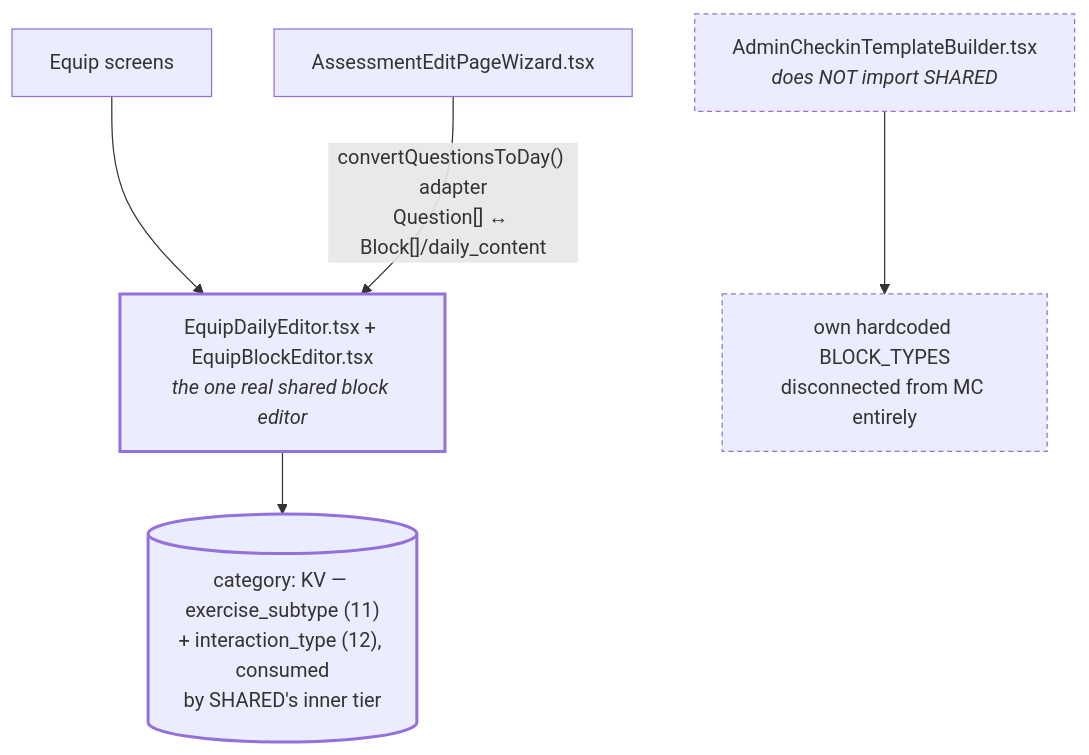
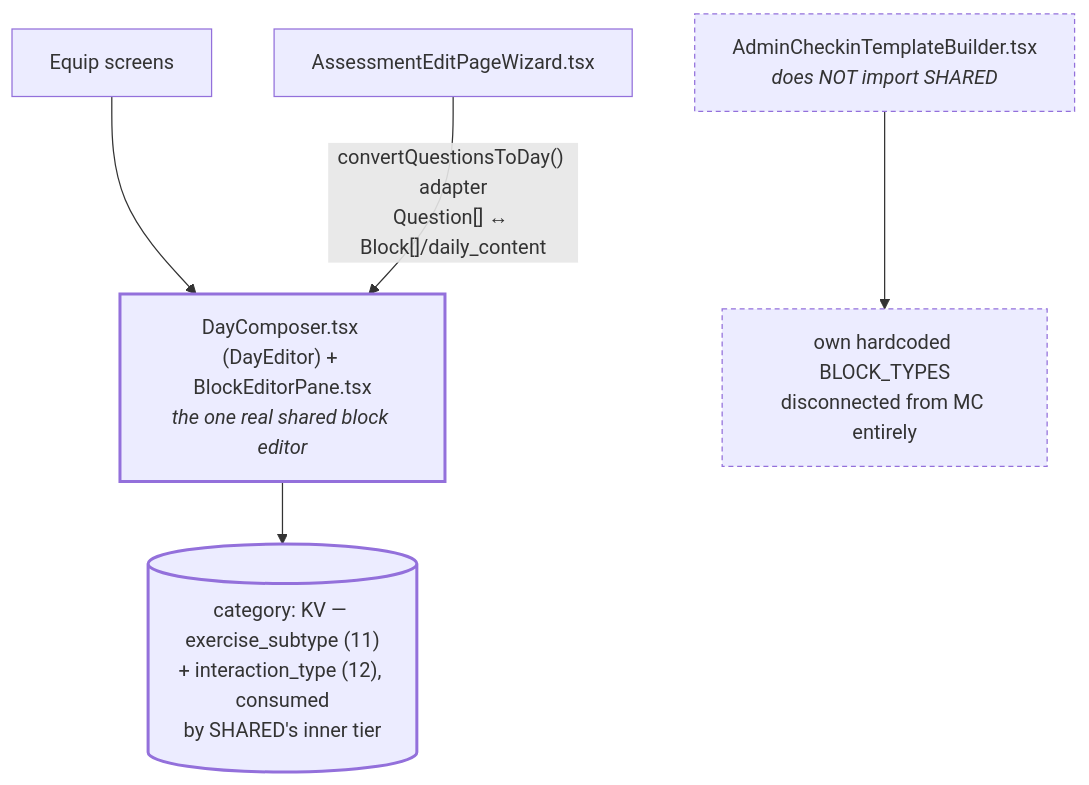
Before and after one commit to wugweb-git/Ikan: the diagram in docs/systems/builder-editor-architecture.md, drawn with Mermaid. The commit also changed other lines of this file and 39 other files, not shown here.

````diff
--- a/docs/systems/builder-editor-architecture.md
+++ b/docs/systems/builder-editor-architecture.md
@@ -23,19 +30,19 @@
 ```mermaid
 flowchart TD
     classDef store fill:#00000000,stroke-width:1.4px;
     classDef dead stroke-dasharray:4 3;
     classDef ok stroke-width:2.4px;
 
-    SHARED["EquipDailyEditor.tsx + EquipBlockEditor.tsx<br/><i>the one real shared block editor</i>"]
+    SHARED["DayComposer.tsx (DayEditor) + BlockEditorPane.tsx<br/><i>the one real shared block editor</i>"]
     EQUIP["Equip screens"] --> SHARED
     ASMT["AssessmentEditPageWizard.tsx"] -->|"convertQuestionsToDay() adapter<br/>Question[] ↔ Block[]/daily_content"| SHARED
 
     MC[("category: KV — exercise_subtype (11)<br/>+ interaction_type (12), consumed<br/>by SHARED's inner tier")]
     SHARED --> MC
 
     CHECKIN["AdminCheckinTemplateBuilder.tsx<br/><i>does NOT import SHARED</i>"]
     CHECKIN --> CIOWN["own hardcoded BLOCK_TYPES<br/>disconnected from MC entirely"]
 
     class SHARED,MC ok
     class CHECKIN,CIOWN dead
 ```
````
